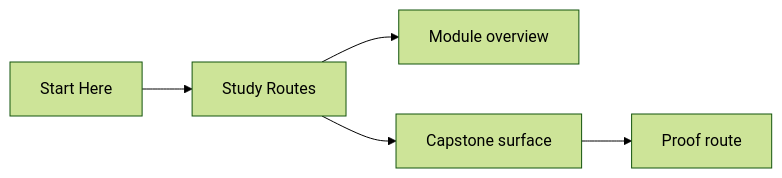
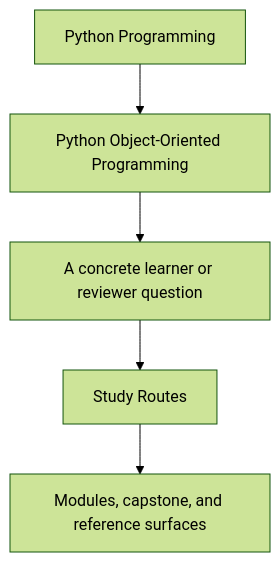
One commit to bijux/bijux-masterclass changed the first of 2 diagrams in programs/python-programming/python-object-oriented-programming/course-book/guides/study-routes.md. Above: the diagram before and after it, drawn with Mermaid (forest theme). The commit also changed other lines of this file and 23 other files, not shown here.

Commit message:
docs(python-object-oriented-programming): sharpen guide and reference diagrams

````diff
--- a/programs/python-programming/python-object-oriented-programming/course-book/guides/study-routes.md
+++ b/programs/python-programming/python-object-oriented-programming/course-book/guides/study-routes.md
@@ -7,7 +7,7 @@
 ```mermaid
-graph LR
-  entry["Start Here"] --> routes["Study Routes"]
-  routes --> modules["Module overview"]
-  routes --> capstone["Capstone surface"]
-  capstone --> proof["Proof route"]
+flowchart TD
+  family["Python Programming"] --> program["Python Object-Oriented Programming"]
+  program --> pressure["A concrete learner or reviewer question"]
+  pressure --> guide["Study Routes"]
+  guide --> next["Modules, capstone, and reference surfaces"]
 ```
````
